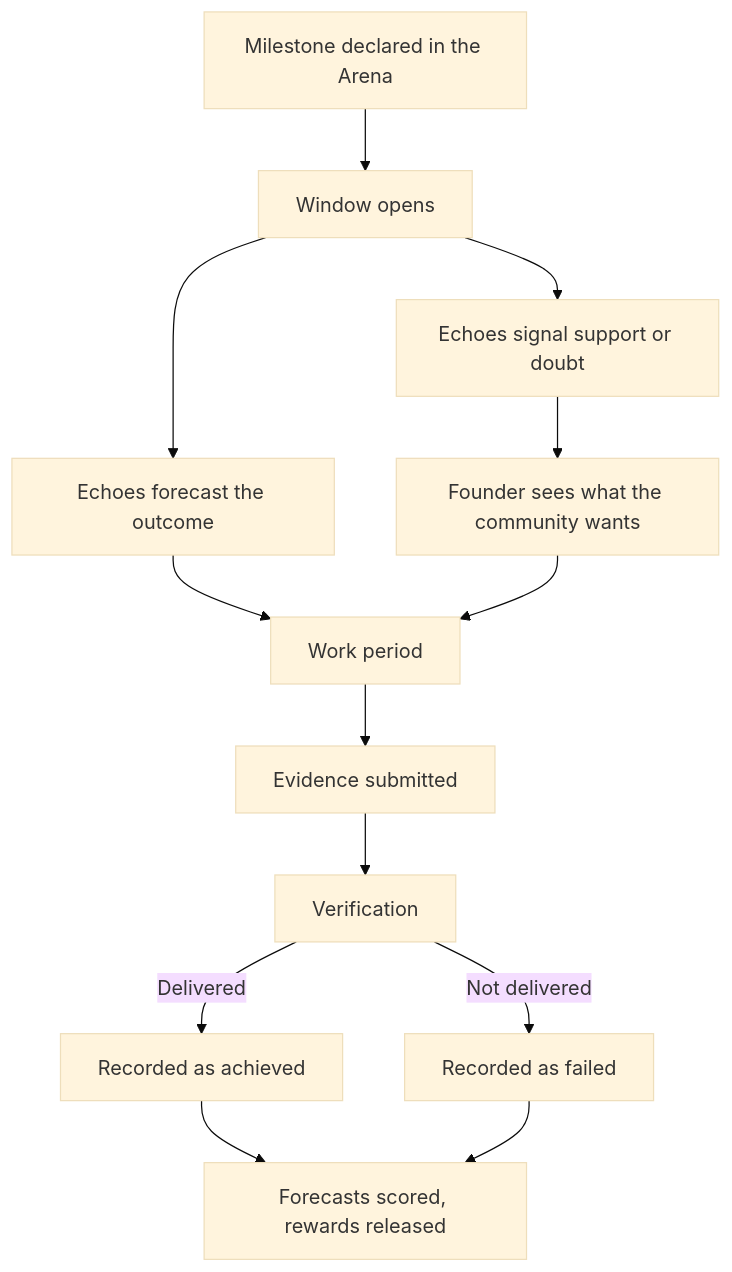
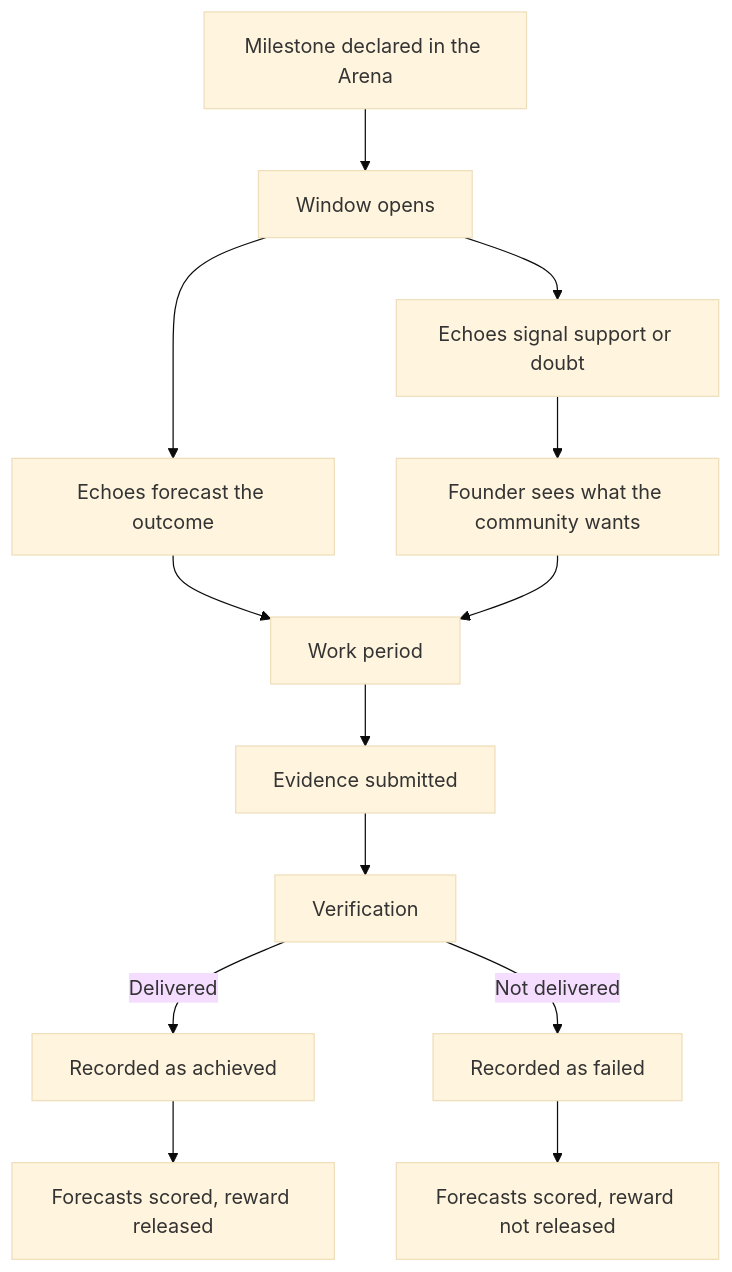
Before and after one commit to studio3-labs/studio3-docs: the diagram in docs/overview-guide/belief-signals.md, drawn with Mermaid (base theme). The commit also changed 3 other files, not shown here.

````diff
--- a/docs/overview-guide/belief-signals.md
+++ b/docs/overview-guide/belief-signals.md
@@ -138,15 +138,15 @@
 ```mermaid
 flowchart TD
     A[Milestone declared in the Arena] --> B[Window opens]
     B --> C[Echoes signal support or doubt]
     B --> D[Echoes forecast the outcome]
     C --> E[Founder sees what the community wants]
     D --> F[Work period]
     E --> F
     F --> G[Evidence submitted]
     G --> H[Verification]
     H -->|Delivered| I[Recorded as achieved]
     H -->|Not delivered| J[Recorded as failed]
-    I --> K[Forecasts scored, rewards released]
-    J --> K
+    I --> K[Forecasts scored, reward released]
+    J --> L[Forecasts scored, reward not released]
 ```
````
